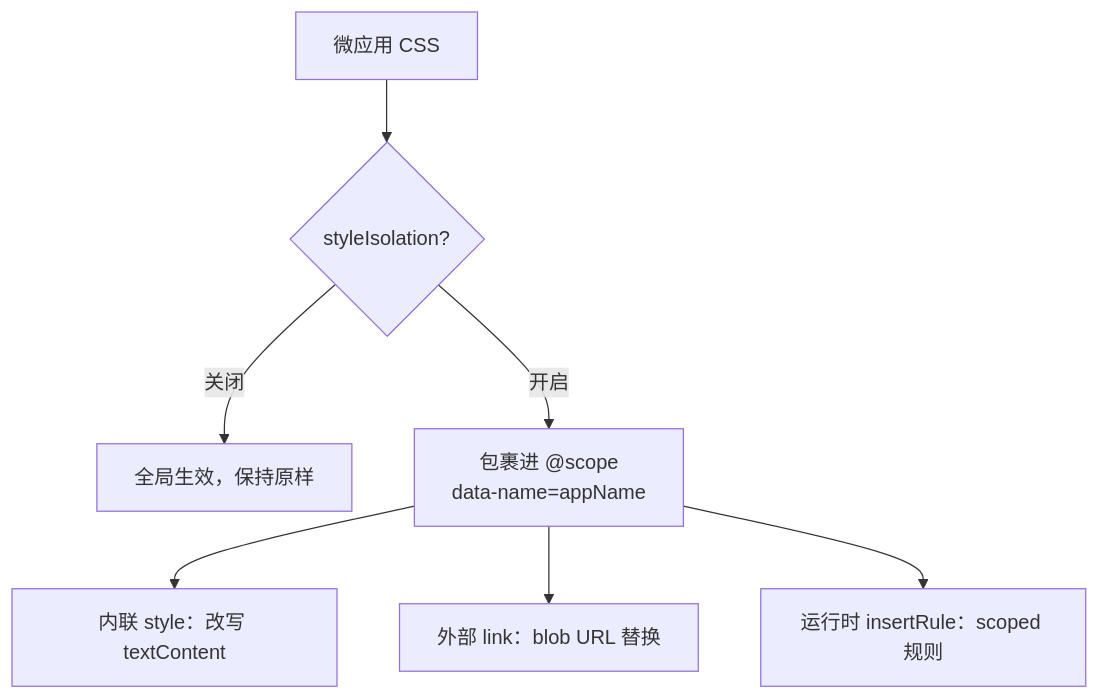
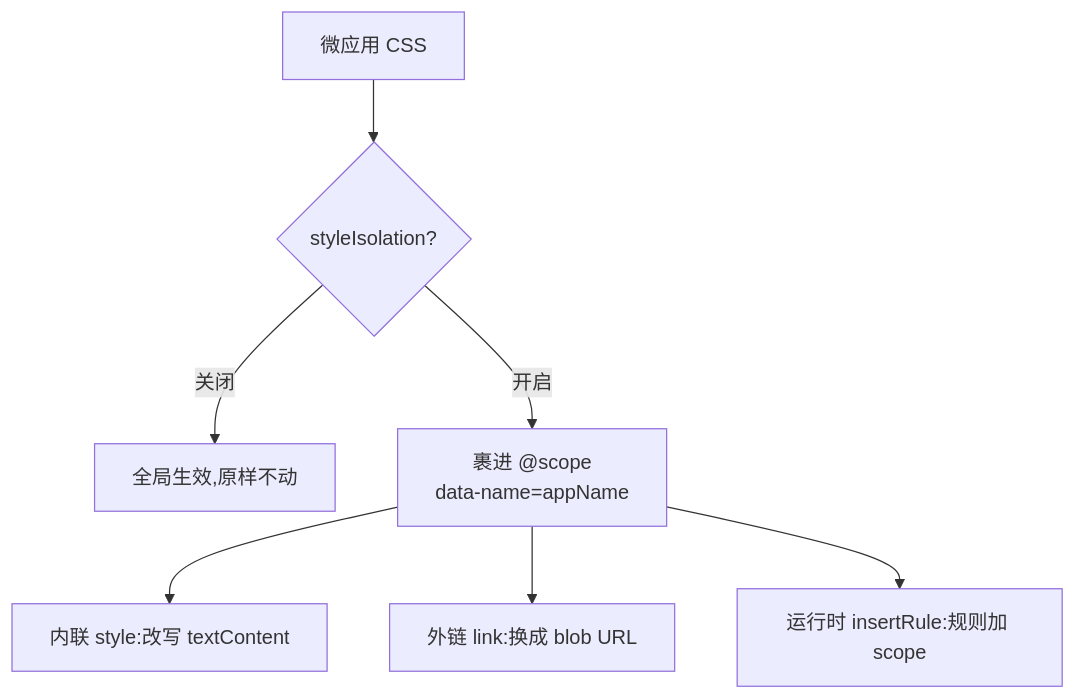
Before and after one commit to umijs/qiankun: the diagram in docs/zh-CN/concepts/style-isolation.md, drawn with Mermaid. The commit also changed other lines of this file and 63 other files, not shown here.

````diff
--- a/docs/zh-CN/concepts/style-isolation.md
+++ b/docs/zh-CN/concepts/style-isolation.md
@@ -21,9 +21,9 @@
 ```mermaid
 flowchart TD
   A["微应用 CSS"] --> B{"styleIsolation?"}
-  B -- 关闭 --> C["全局生效，保持原样"]
-  B -- 开启 --> D["包裹进 @scope<br/>data-name=appName"]
-  D --> E["内联 style：改写 textContent"]
-  D --> F["外部 link：blob URL 替换"]
-  D --> G["运行时 insertRule：scoped 规则"]
+  B -- 关闭 --> C["全局生效,原样不动"]
+  B -- 开启 --> D["裹进 @scope<br/>data-name=appName"]
+  D --> E["内联 style:改写 textContent"]
+  D --> F["外链 link:换成 blob URL"]
+  D --> G["运行时 insertRule:规则加 scope"]
 ```
````
